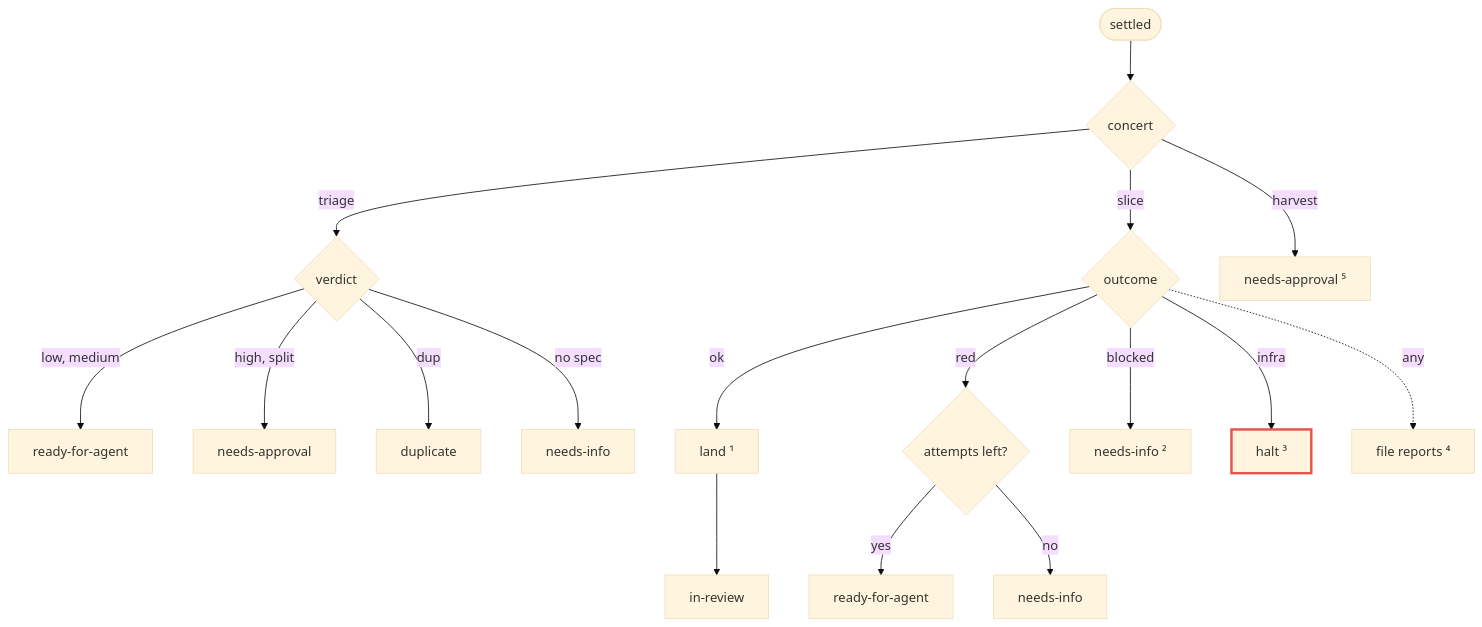
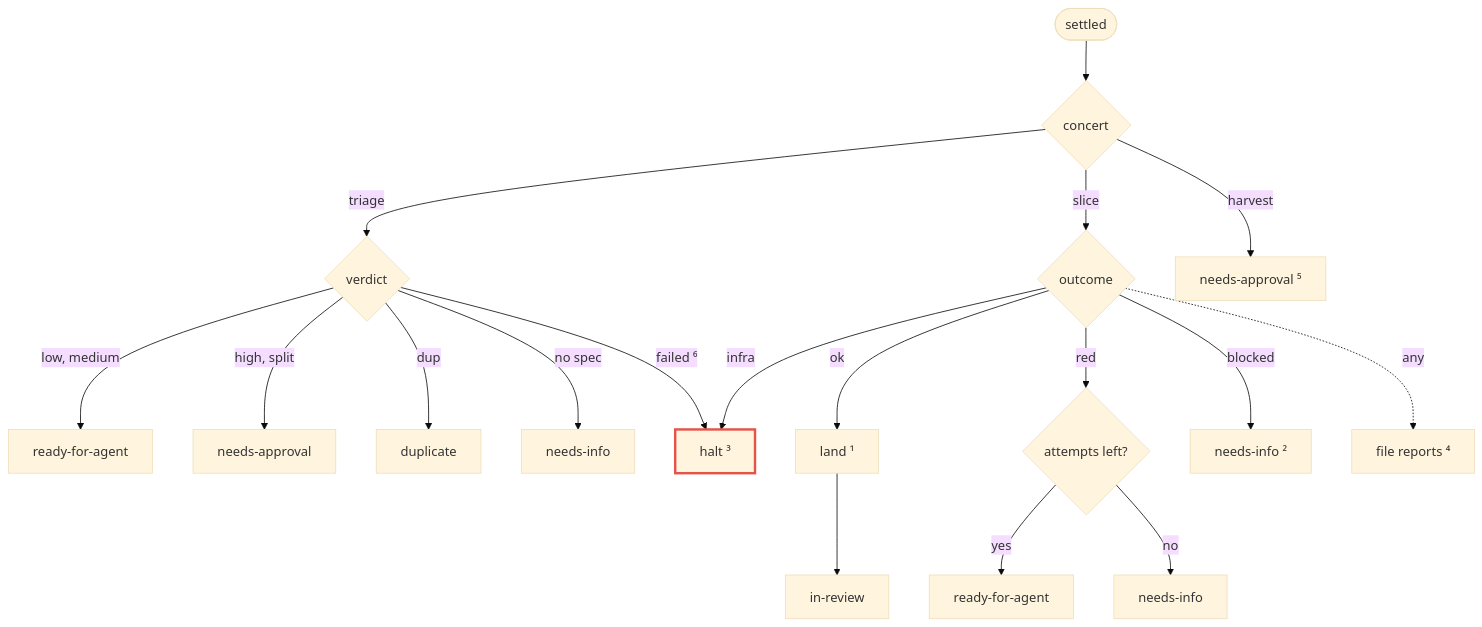
The third of 5 diagrams in docs/agents/factory.md (dvalnn/maestro), drawn with Mermaid (base theme) before and after one commit. The commit also changed other lines of this file and 9 other files, not shown here.

````diff
--- a/docs/agents/factory.md
+++ b/docs/agents/factory.md
@@ -80,21 +80,22 @@
 ```mermaid
 flowchart TD
     S(["settled"]) --> K{"concert"}
     K -->|triage| V{"verdict"}
     V -->|"low, medium"| RA["ready-for-agent"]
     V -->|"high, split"| NA["needs-approval"]
     V -->|dup| DU["duplicate"]
     V -->|"no spec"| NI1["needs-info"]
+    V -->|"failed ⁶"| HALT
     K -->|slice| O{"outcome"}
     O -->|ok| LAND["land ¹"] --> IR["in-review"]
     O -->|red| A{"attempts left?"}
     A -->|yes| RA2["ready-for-agent"]
     A -->|no| NI2["needs-info"]
     O -->|blocked| NI3["needs-info ²"]
     O -->|infra| HALT["halt ³"]
     O -.->|any| REP["file reports ⁴"]
     K -->|harvest| PR["needs-approval ⁵"]
 
     classDef fault stroke:#e5534b,stroke-width:3px
     class HALT fault
 ```
````
